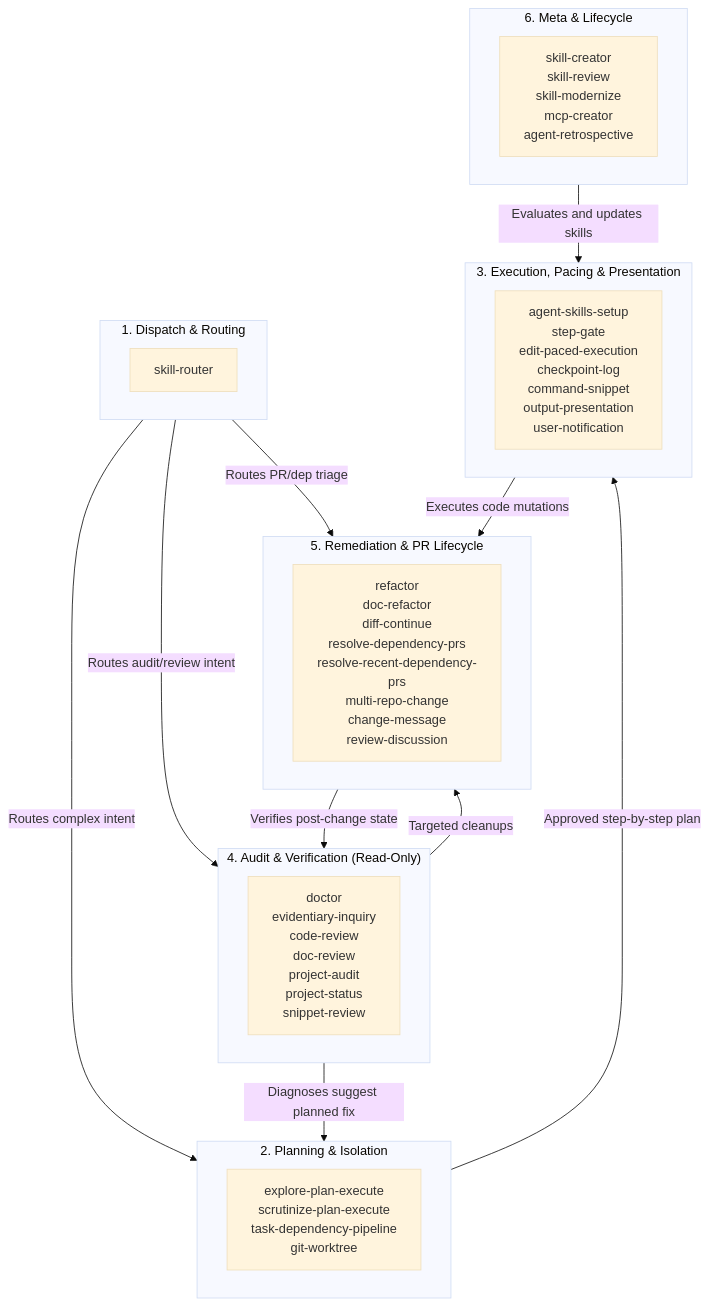
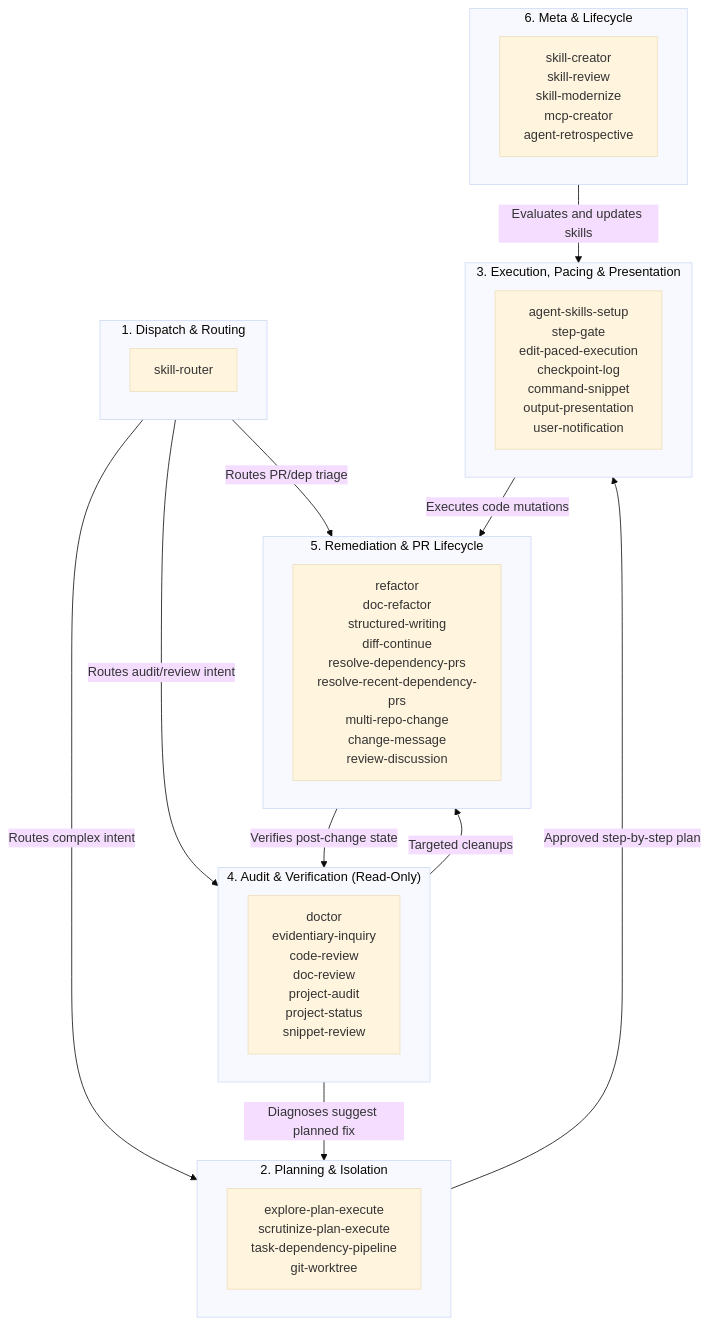
One commit to berquerant/agent-skills changed the diagram in AGENTS.md. Above: the diagram before and after it, drawn with Mermaid (base theme). The commit also changed other lines of this file and 7 other files, not shown here.

First line of the commit message:
feat(skills): add structured-writing skill and framework reference (#24)

````diff
--- a/AGENTS.md
+++ b/AGENTS.md
@@ -76,37 +76,37 @@
 ```mermaid
 flowchart TD
     subgraph Dispatch ["1. Dispatch & Routing"]
         SR["skill-router"]
     end
 
     subgraph Planning ["2. Planning & Isolation"]
         PLAN["explore-plan-execute<br/>scrutinize-plan-execute<br/>task-dependency-pipeline<br/>git-worktree"]
     end
 
     subgraph Execution ["3. Execution, Pacing & Presentation"]
         EXEC["agent-skills-setup<br/>step-gate<br/>edit-paced-execution<br/>checkpoint-log<br/>command-snippet<br/>output-presentation<br/>user-notification"]
     end
 
     subgraph Audit ["4. Audit & Verification (Read-Only)"]
         AUD["doctor<br/>evidentiary-inquiry<br/>code-review<br/>doc-review<br/>project-audit<br/>project-status<br/>snippet-review"]
     end
 
     subgraph Remediation ["5. Remediation & PR Lifecycle"]
-        REM["refactor<br/>doc-refactor<br/>diff-continue<br/>resolve-dependency-prs<br/>resolve-recent-dependency-prs<br/>multi-repo-change<br/>change-message<br/>review-discussion"]
+        REM["refactor<br/>doc-refactor<br/>structured-writing<br/>diff-continue<br/>resolve-dependency-prs<br/>resolve-recent-dependency-prs<br/>multi-repo-change<br/>change-message<br/>review-discussion"]
     end
 
     subgraph Meta ["6. Meta & Lifecycle"]
         META["skill-creator<br/>skill-review<br/>skill-modernize<br/>mcp-creator<br/>agent-retrospective"]
     end
 
     %% High-level hand-offs
     Dispatch -->|"Routes complex intent"| Planning
     Dispatch -->|"Routes audit/review intent"| Audit
     Dispatch -->|"Routes PR/dep triage"| Remediation
     Audit -->|"Diagnoses suggest planned fix"| Planning
     Audit -->|"Targeted cleanups"| Remediation
     Planning -->|"Approved step-by-step plan"| Execution
     Execution -->|"Executes code mutations"| Remediation
     Remediation -->|"Verifies post-change state"| Audit
     Meta -->|"Evaluates and updates skills"| Execution
 ```
````
